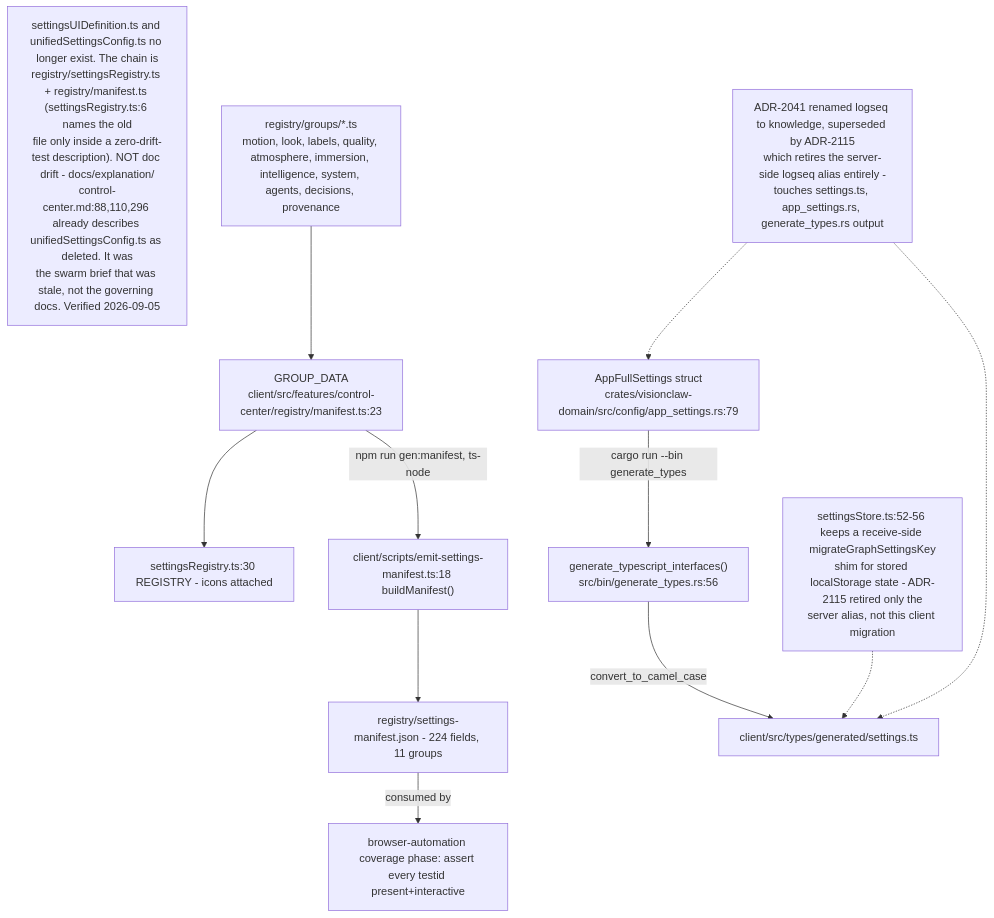
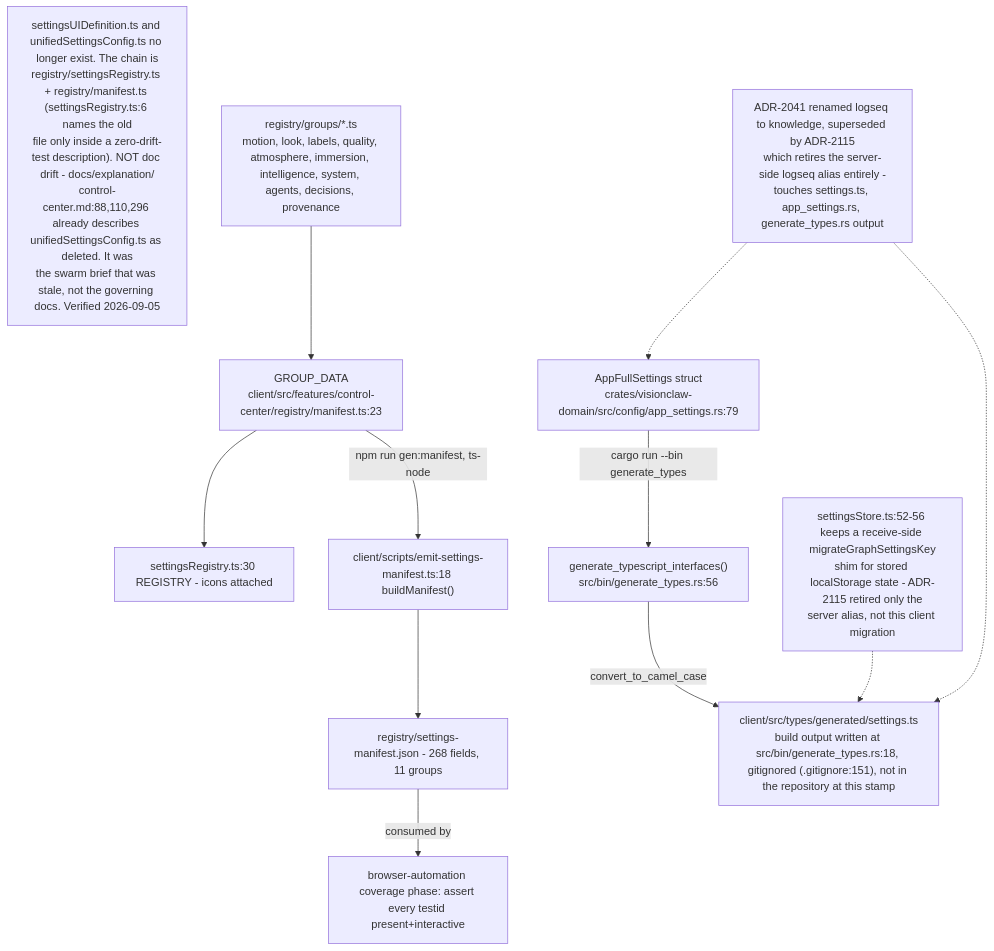
One commit to DreamLab-AI/VisionFlow changed the second of 20 diagrams in docs/diagrams/visionclaw/34-client-features.md. Above: the diagram before and after it, drawn with Mermaid. The commit also changed other lines of this file and 160 other files, not shown here.

````diff
--- a/docs/diagrams/visionclaw/34-client-features.md
+++ b/docs/diagrams/visionclaw/34-client-features.md
@@ -154,14 +158,14 @@
 ```mermaid
 flowchart TD
     RustStruct["AppFullSettings struct<br/>crates/visionclaw-domain/src/config/app_settings.rs:79"] -->|cargo run --bin generate_types| Gen["generate_typescript_interfaces()<br/>src/bin/generate_types.rs:56"]
-    Gen -->|convert_to_camel_case| Out["client/src/types/generated/settings.ts"]
+    Gen -->|convert_to_camel_case| Out["client/src/types/generated/settings.ts<br/>build output written at src/bin/generate_types.rs:18, gitignored (.gitignore:151), not in the repository at this stamp"]
     Note1["settingsUIDefinition.ts and unifiedSettingsConfig.ts no longer exist. The chain is<br/>registry/settingsRegistry.ts + registry/manifest.ts (settingsRegistry.ts:6 names the old<br/>file only inside a zero-drift-test description). NOT doc drift - docs/explanation/<br/>control-center.md:88,110,296 already describes unifiedSettingsConfig.ts as deleted. It was<br/>the swarm brief that was stale, not the governing docs. Verified 2026-09-05"]
     Groups["registry/groups/*.ts<br/>motion, look, labels, quality, atmosphere, immersion, intelligence, system, agents, decisions, provenance"] --> ManifestTs["GROUP_DATA<br/>client/src/features/control-center/registry/manifest.ts:23"]
     ManifestTs --> Registry["settingsRegistry.ts:30 REGISTRY - icons attached"]
     ManifestTs -->|npm run gen:manifest, ts-node| Emit["client/scripts/emit-settings-manifest.ts:18 buildManifest()"]
-    Emit --> ManifestJson["registry/settings-manifest.json - 224 fields, 11 groups"]
+    Emit --> ManifestJson["registry/settings-manifest.json - 268 fields, 11 groups"]
     ManifestJson -->|consumed by| QA["browser-automation coverage phase: assert every testid present+interactive"]
     ADR["ADR-2041 renamed logseq to knowledge, superseded by ADR-2115<br/>which retires the server-side logseq alias entirely -<br/>touches settings.ts, app_settings.rs, generate_types.rs output"] -.-> RustStruct
     ADR -.-> Out
     Note2["settingsStore.ts:52-56 keeps a receive-side migrateGraphSettingsKey<br/>shim for stored localStorage state - ADR-2115 retired only the<br/>server alias, not this client migration"] -.-> Out
 ```
````
